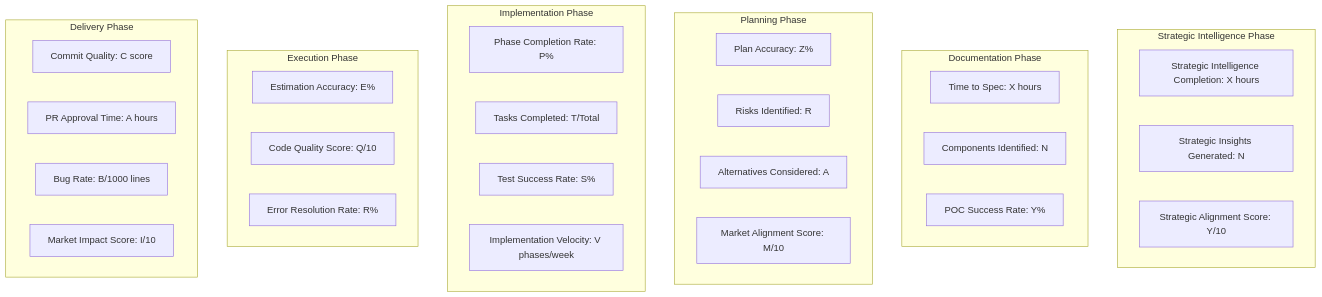
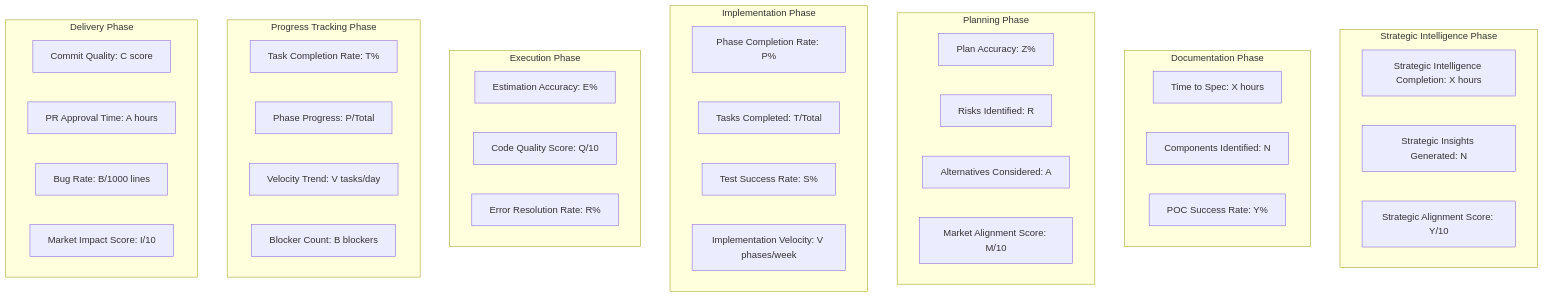
One commit to Mathews-Tom/sage-dev changed diagram 17 of 23 in commands/WORKFLOW.md. Above: the diagram before and after it, drawn with Mermaid. The commit also changed other lines of this file and 1 other file, not shown here.

Commit message:
docs: integrate /progress into workflow and usage. Positions status analysis between /implement and /commit with updated diagrams, sequences, scenarios, and checklists to improve delivery transparency.

````diff
--- a/commands/WORKFLOW.md
+++ b/commands/WORKFLOW.md
@@ -517,41 +539,48 @@
 ```mermaid
 graph TD
     subgraph "Strategic Intelligence Phase"
         M0[Strategic Intelligence Completion: X hours]
         M01[Strategic Insights Generated: N]
         M02[Strategic Alignment Score: Y/10]
     end
 
     subgraph "Documentation Phase"
         M1[Time to Spec: X hours]
         M2[Components Identified: N]
         M3[POC Success Rate: Y%]
     end
 
     subgraph "Planning Phase"
         M4[Plan Accuracy: Z%]
         M5[Risks Identified: R]
         M6[Alternatives Considered: A]
         M7[Market Alignment Score: M/10]
     end
 
     subgraph "Implementation Phase"
         M8[Phase Completion Rate: P%]
         M9[Tasks Completed: T/Total]
         M10[Test Success Rate: S%]
         M11[Implementation Velocity: V phases/week]
     end
 
     subgraph "Execution Phase"
         M12[Estimation Accuracy: E%]
         M13[Code Quality Score: Q/10]
         M14[Error Resolution Rate: R%]
     end
 
+    subgraph "Progress Tracking Phase"
+        M15[Task Completion Rate: T%]
+        M16[Phase Progress: P/Total]
+        M17[Velocity Trend: V tasks/day]
+        M18[Blocker Count: B blockers]
+    end
+
     subgraph "Delivery Phase"
-        M15[Commit Quality: C score]
-        M16[PR Approval Time: A hours]
-        M17[Bug Rate: B/1000 lines]
-        M18[Market Impact Score: I/10]
+        M19[Commit Quality: C score]
+        M20[PR Approval Time: A hours]
+        M21[Bug Rate: B/1000 lines]
+        M22[Market Impact Score: I/10]
     end
 ```
````
